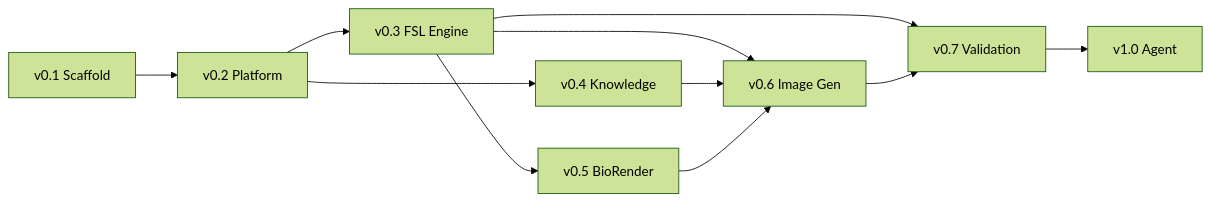
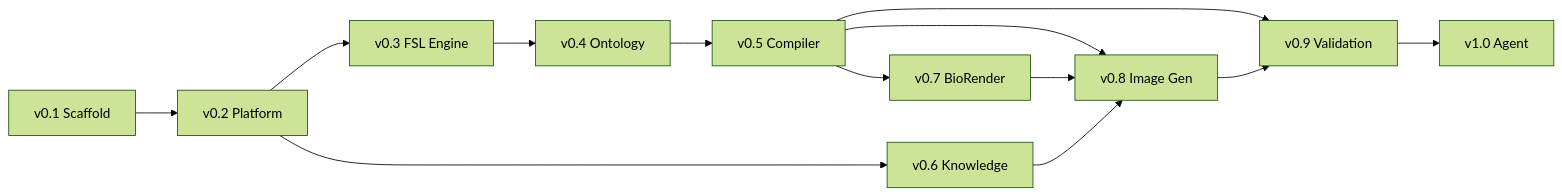
The diagram in docs/DevelopmentRoadmap.md (insight2017aquib/MedicinalChemistryFigureDesigner), drawn with Mermaid (forest theme) before and after one commit. The commit also changed other lines of this file and 17 other files, not shown here.

Commit message:
platform(v0.4): implement scientific figure ontology

````diff
--- a/docs/DevelopmentRoadmap.md
+++ b/docs/DevelopmentRoadmap.md
@@ -103,13 +98,15 @@
 ```mermaid
 flowchart LR
     v01[v0.1 Scaffold] --> v02[v0.2 Platform]
     v02 --> v03[v0.3 FSL Engine]
-    v02 --> v04[v0.4 Knowledge]
-    v03 --> v05[v0.5 BioRender]
-    v03 --> v06[v0.6 Image Gen]
-    v04 --> v06
-    v05 --> v06
-    v03 --> v07[v0.7 Validation]
-    v06 --> v07
-    v07 --> v10[v1.0 Agent]
+    v03 --> v04[v0.4 Ontology]
+    v04 --> v05[v0.5 Compiler]
+    v05 --> v08[v0.8 Image Gen]
+    v02 --> v06[v0.6 Knowledge]
+    v05 --> v07[v0.7 BioRender]
+    v07 --> v08
+    v06 --> v08
+    v05 --> v09[v0.9 Validation]
+    v08 --> v09
+    v09 --> v10[v1.0 Agent]
 ```
````
